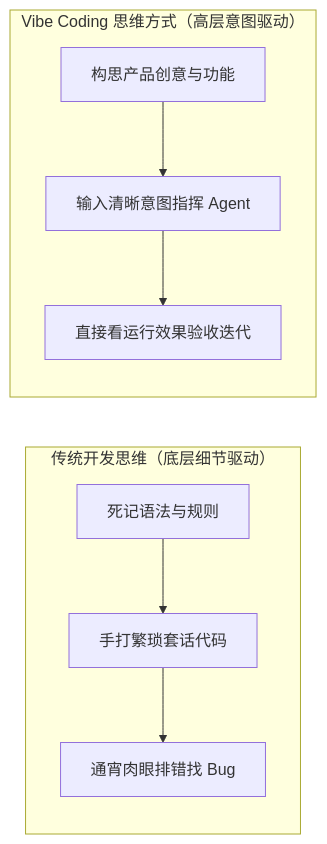
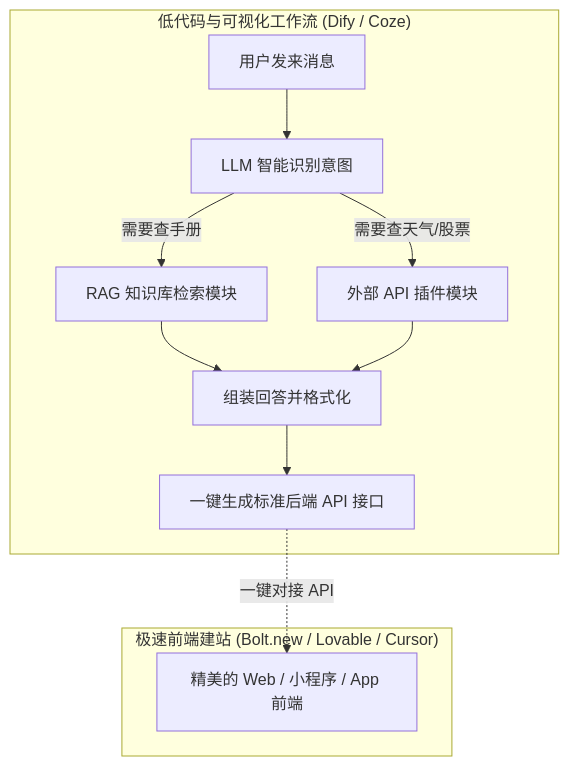
Before and after one commit to buffer121328/vibe-coding-and-agents: the diagram in 01_发展之路/img/diagrams/06-diagram-01.mmd, drawn with Mermaid. The commit also changed 26 other files, not shown here.

```diff
--- a/01_发展之路/img/diagrams/06-diagram-01.mmd
+++ b/01_发展之路/img/diagrams/06-diagram-01.mmd
@@ -1,8 +1,13 @@
-graph LR
-    subgraph S1 ["传统开发思维（底层细节驱动）"]
-        A1["死记语法与规则"] --> A2["手打繁琐套话代码"] --> A3["通宵肉眼排错找 Bug"]
+graph TD
+    subgraph S1 ["低代码与可视化工作流 (Dify / Coze)"]
+        A["用户发来消息"] --> B["LLM 智能识别意图"]
+        B -->|需要查手册| C["RAG 知识库检索模块"]
+        B -->|需要查天气/股票| D["外部 API 插件模块"]
+        C --> E["组装回答并格式化"]
+        D --> E
+        E --> F["一键生成标准后端 API 接口"]
     end
     
-    subgraph S2 ["Vibe Coding 思维方式（高层意图驱动）"]
-        B1["构思产品创意与功能"] --> B2["输入清晰意图指挥 Agent"] --> B3["直接看运行效果验收迭代"]
+    subgraph S2 ["极速前端建站 (Bolt.new / Lovable / Cursor)"]
+        F -.->|一键对接 API| G["精美的 Web / 小程序 / App 前端"]
     end
```
